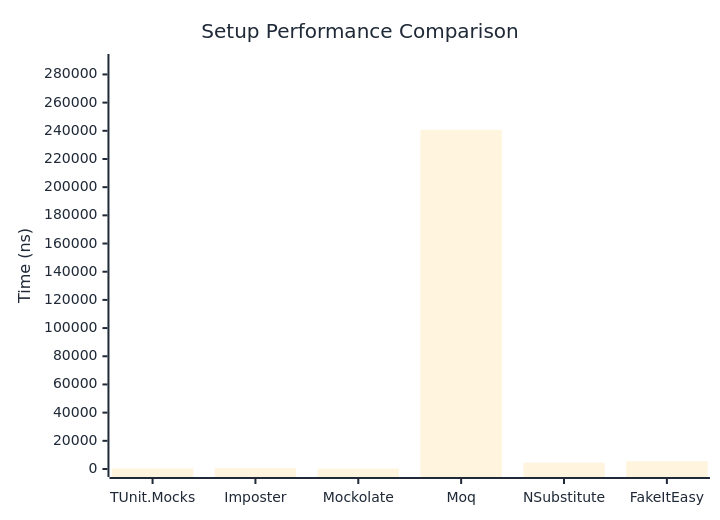
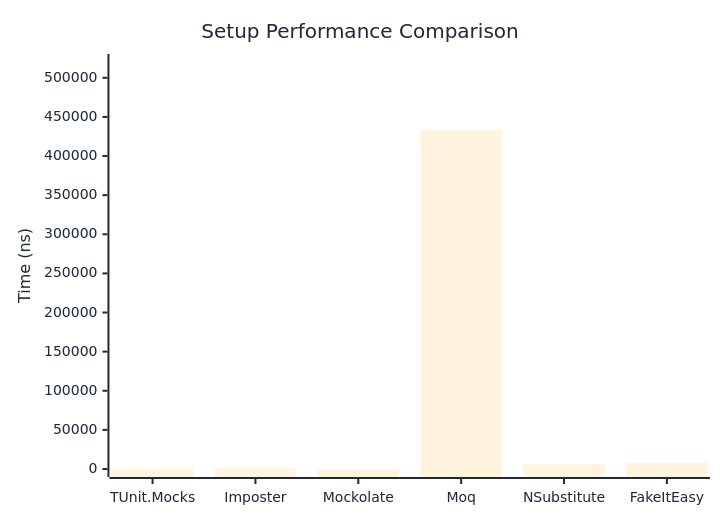
Before and after one commit to thomhurst/TUnit: the first of 2 diagrams in docs/docs/benchmarks/mocks/Setup.md, drawn with Mermaid. The commit also changed other lines of this file and 14 other files, not shown here.

````diff
--- a/docs/docs/benchmarks/mocks/Setup.md
+++ b/docs/docs/benchmarks/mocks/Setup.md
@@ -30,27 +30,27 @@
 ```mermaid
 %%{init: {
   'theme':'base',
   'themeVariables': {
     'primaryColor': '#2563eb',
     'primaryTextColor': '#1f2937',
     'primaryBorderColor': '#1e40af',
     'lineColor': '#6b7280',
     'secondaryColor': '#7c3aed',
     'tertiaryColor': '#dc2626',
     'background': '#ffffff',
     'pie1': '#2563eb',
     'pie2': '#7c3aed',
     'pie3': '#dc2626',
     'pie4': '#f59e0b',
     'pie5': '#10b981',
     'pie6': '#06b6d4',
     'pie7': '#ec4899',
     'pie8': '#6366f1'
   }
 }}%%
 xychart-beta
   title "Setup Performance Comparison"
   x-axis ["TUnit.Mocks", "Imposter", "Mockolate", "Moq", "NSubstitute", "FakeItEasy"]
-  y-axis "Time (ns)" 0 --> 288821
-  bar [418.1, 611.6, 248.4, 240683.9, 4545.8, 5555.4]
+  y-axis "Time (ns)" 0 --> 520193
+  bar [515.4, 780.8, 307.6, 433494.1, 6110.4, 8404.9]
 ```
````
